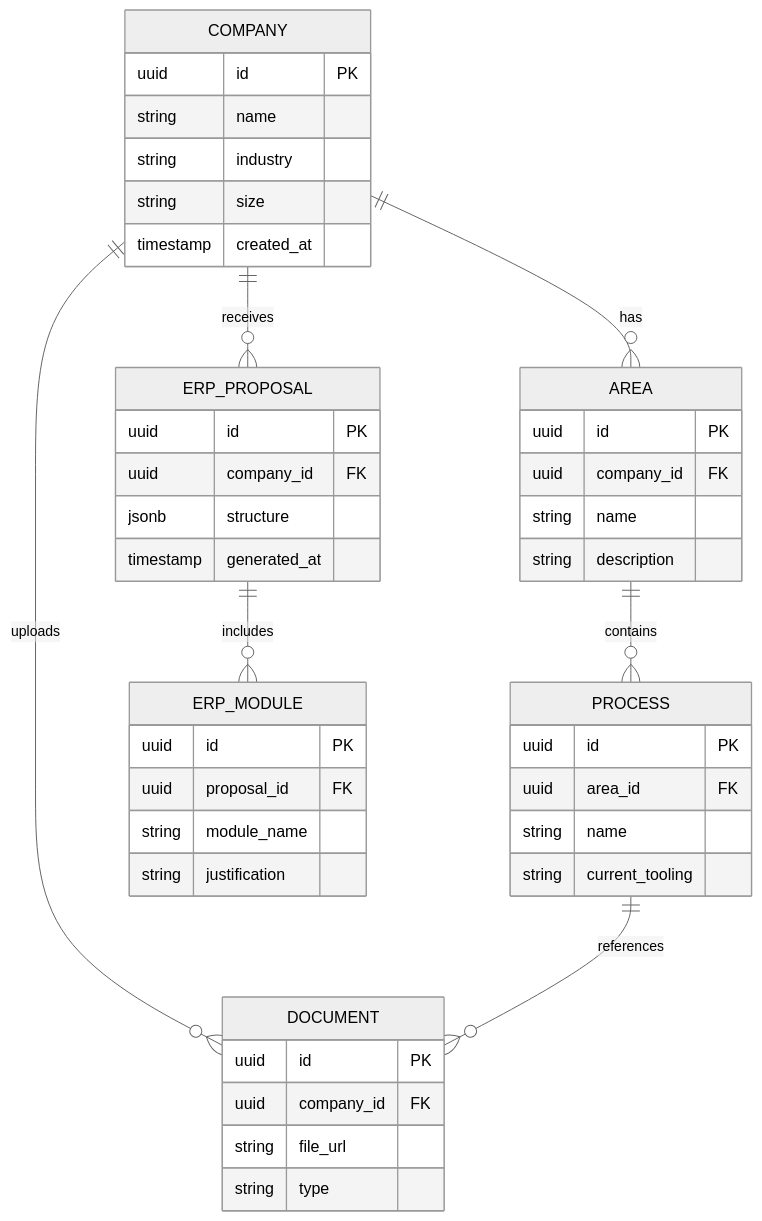
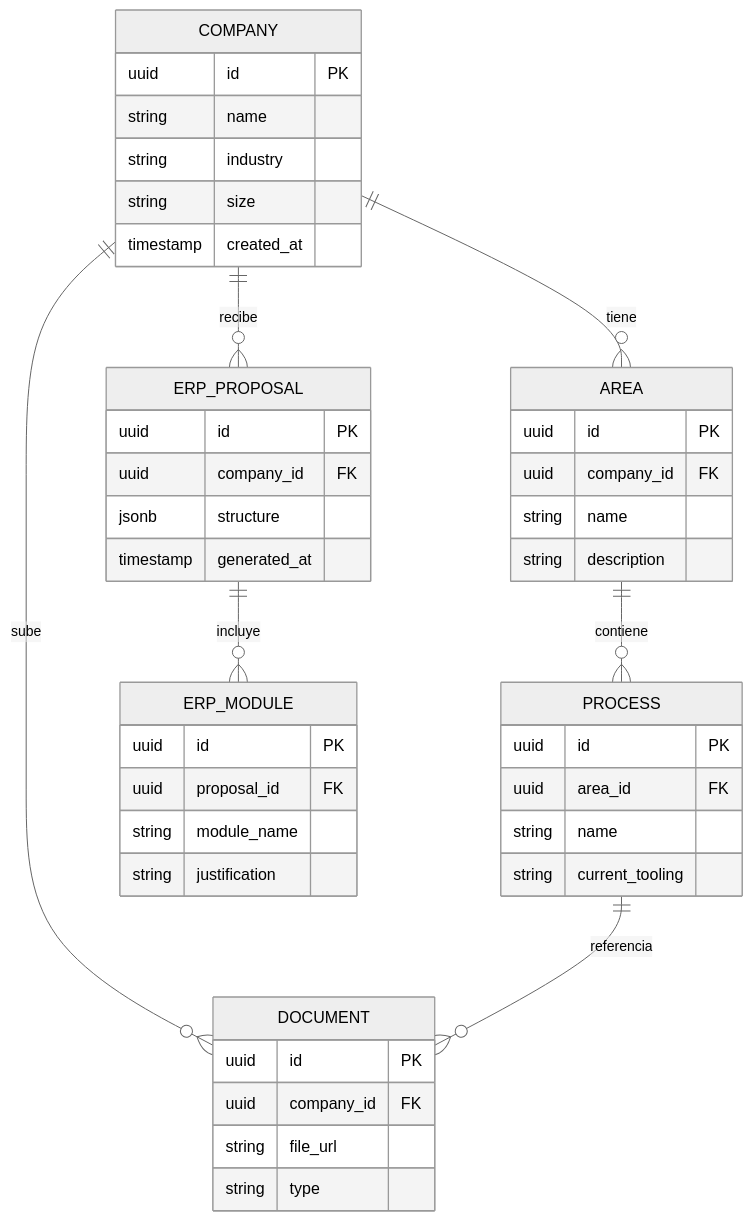
Before and after one commit to platanus-hack/platanus-hack-26-mx-team-15: the third of 3 diagrams in README.md, drawn with Mermaid (neutral theme). The commit also changed other lines of this file, not shown here.

````diff
--- a/README.md
+++ b/README.md
@@ -182,47 +182,47 @@
 ```mermaid
 erDiagram
-    COMPANY ||--o{ AREA : has
-    AREA ||--o{ PROCESS : contains
-    COMPANY ||--o{ DOCUMENT : uploads
-    COMPANY ||--o{ ERP_PROPOSAL : receives
-    ERP_PROPOSAL ||--o{ ERP_MODULE : includes
-    PROCESS ||--o{ DOCUMENT : references
+    COMPANY ||--o{ AREA : tiene
+    AREA ||--o{ PROCESS : contiene
+    COMPANY ||--o{ DOCUMENT : sube
+    COMPANY ||--o{ ERP_PROPOSAL : recibe
+    ERP_PROPOSAL ||--o{ ERP_MODULE : incluye
+    PROCESS ||--o{ DOCUMENT : referencia
 
     COMPANY {
         uuid id PK
         string name
         string industry
         string size
         timestamp created_at
     }
     AREA {
         uuid id PK
         uuid company_id FK
         string name
         string description
     }
     PROCESS {
         uuid id PK
         uuid area_id FK
         string name
         string current_tooling
     }
     DOCUMENT {
         uuid id PK
         uuid company_id FK
         string file_url
         string type
     }
     ERP_PROPOSAL {
         uuid id PK
         uuid company_id FK
         jsonb structure
         timestamp generated_at
     }
     ERP_MODULE {
         uuid id PK
         uuid proposal_id FK
         string module_name
         string justification
     }
 ```
````
